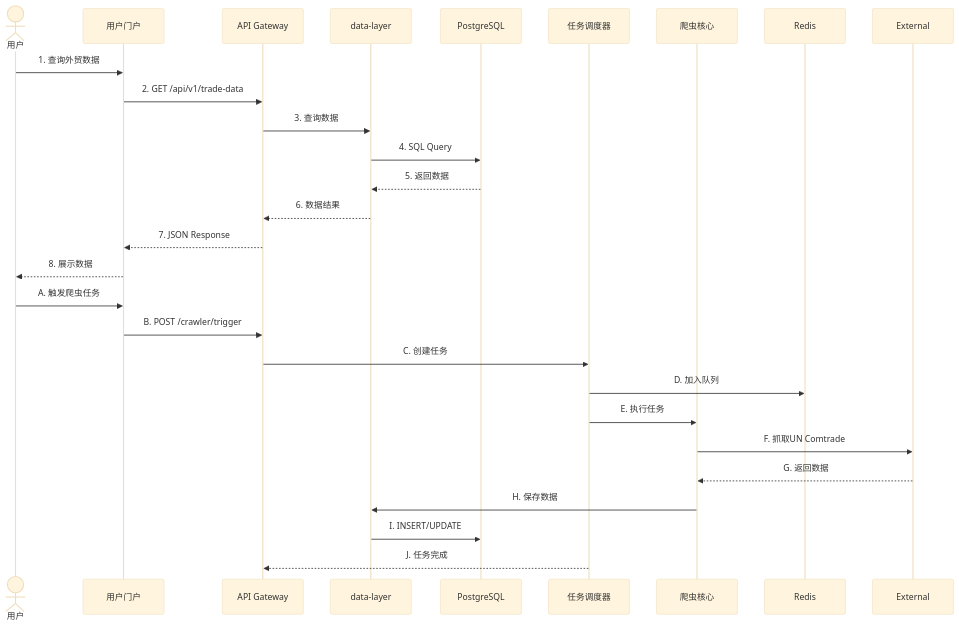
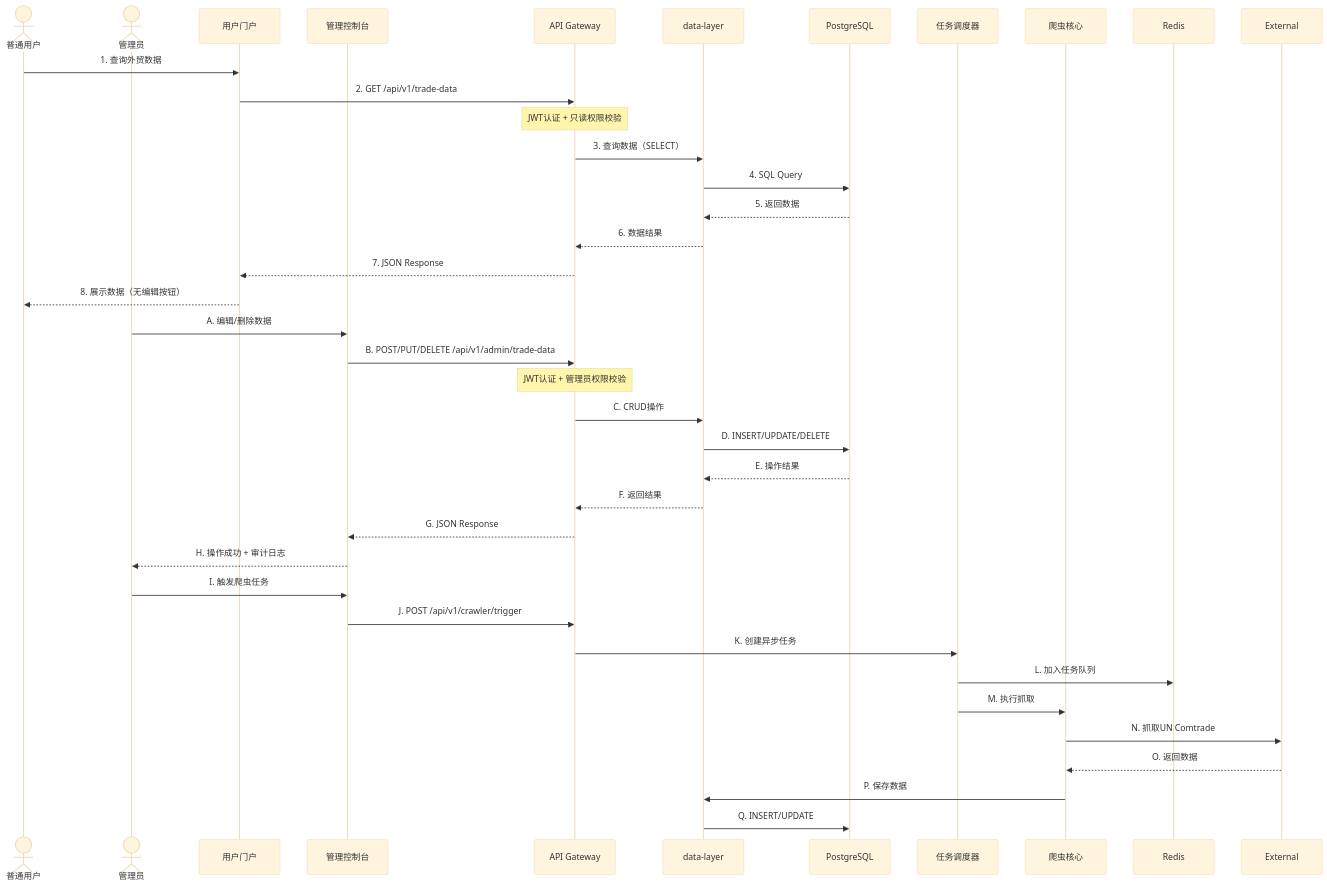
Before and after one commit to Kryon-4Y4/C_Hot: the second of 2 diagrams in README.md, drawn with Mermaid (base theme). The commit also changed other lines of this file, not shown here.

````diff
--- a/README.md
+++ b/README.md
@@ -80,32 +83,45 @@
 ```mermaid
 sequenceDiagram
-    actor User as 用户
+    actor User as 普通用户
+    actor Admin as 管理员
     participant Portal as 用户门户
+    participant AdminConsole as 管理控制台
     participant APIGW as API Gateway
     participant DataLayer as data-layer
     participant DB as PostgreSQL
     participant Scheduler as 任务调度器
     participant Crawler as 爬虫核心
 
-    %% 查询数据流程
+    %% 普通用户查询流程（只读）
     User->>Portal: 1. 查询外贸数据
     Portal->>APIGW: 2. GET /api/v1/trade-data
-    APIGW->>DataLayer: 3. 查询数据
+    Note over APIGW: JWT认证 + 只读权限校验
+    APIGW->>DataLayer: 3. 查询数据（SELECT）
     DataLayer->>DB: 4. SQL Query
     DB-->>DataLayer: 5. 返回数据
     DataLayer-->>APIGW: 6. 数据结果
     APIGW-->>Portal: 7. JSON Response
-    Portal-->>User: 8. 展示数据
+    Portal-->>User: 8. 展示数据（无编辑按钮）
 
-    %% 爬虫任务流程
-    User->>Portal: A. 触发爬虫任务
-    Portal->>APIGW: B. POST /crawler/trigger
-    APIGW->>Scheduler: C. 创建任务
-    Scheduler->>Redis: D. 加入队列
-    Scheduler->>Crawler: E. 执行任务
-    Crawler->>External: F. 抓取UN Comtrade
-    External-->>Crawler: G. 返回数据
-    Crawler->>DataLayer: H. 保存数据
-    DataLayer->>DB: I. INSERT/UPDATE
-    Scheduler-->>APIGW: J. 任务完成
+    %% 管理员CRUD流程（通过API Gateway）
+    Admin->>AdminConsole: A. 编辑/删除数据
+    AdminConsole->>APIGW: B. POST/PUT/DELETE /api/v1/admin/trade-data
+    Note over APIGW: JWT认证 + 管理员权限校验
+    APIGW->>DataLayer: C. CRUD操作
+    DataLayer->>DB: D. INSERT/UPDATE/DELETE
+    DB-->>DataLayer: E. 操作结果
+    DataLayer-->>APIGW: F. 返回结果
+    APIGW-->>AdminConsole: G. JSON Response
+    AdminConsole-->>Admin: H. 操作成功 + 审计日志
+
+    %% 爬虫任务流程（后台写入）
+    Admin->>AdminConsole: I. 触发爬虫任务
+    AdminConsole->>APIGW: J. POST /api/v1/crawler/trigger
+    APIGW->>Scheduler: K. 创建异步任务
+    Scheduler->>Redis: L. 加入任务队列
+    Scheduler->>Crawler: M. 执行抓取
+    Crawler->>External: N. 抓取UN Comtrade
+    External-->>Crawler: O. 返回数据
+    Crawler->>DataLayer: P. 保存数据
+    DataLayer->>DB: Q. INSERT/UPDATE
 ```
````
